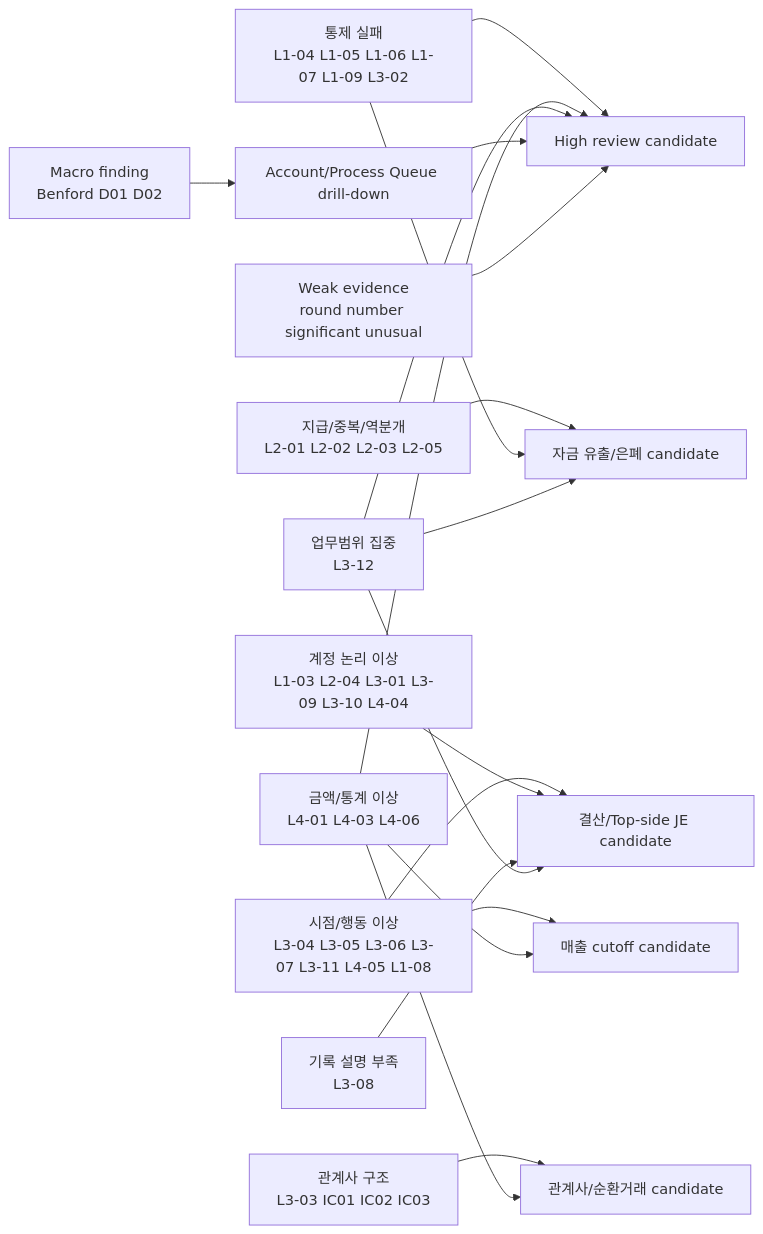
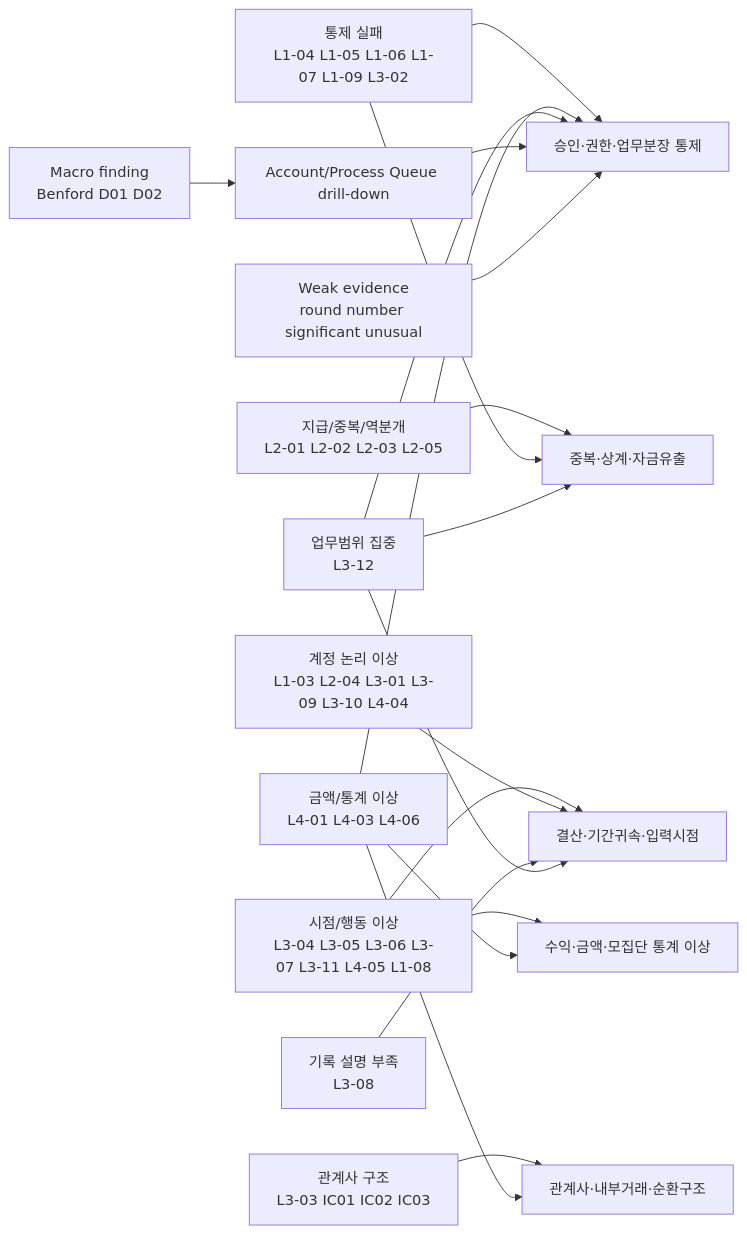
Before and after one commit to ghdtjrgns321-creator/local-ai-journal-assist: the second of 2 diagrams in docs/PHASE1_RULE_RELATIONSHIP_MAP.md, drawn with Mermaid. The commit also changed other lines of this file and 13 other files, not shown here.

````diff
--- a/docs/PHASE1_RULE_RELATIONSHIP_MAP.md
+++ b/docs/PHASE1_RULE_RELATIONSHIP_MAP.md
@@ -117,31 +117,31 @@
 ```mermaid
 flowchart LR
     Control["통제 실패<br/>L1-04 L1-05 L1-06 L1-07 L1-09 L3-02"]
     Timing["시점/행동 이상<br/>L3-04 L3-05 L3-06 L3-07 L3-11 L4-05 L1-08"]
     Amount["금액/통계 이상<br/>L4-01 L4-03 L4-06"]
     Logic["계정 논리 이상<br/>L1-03 L2-04 L3-01 L3-09 L3-10 L4-04"]
     Desc["기록 설명 부족<br/>L3-08"]
     Outflow["지급/중복/역분개<br/>L2-01 L2-02 L2-03 L2-05"]
     IC["관계사 구조<br/>L3-03 IC01 IC02 IC03"]
     Macro["Macro finding<br/>Benford D01 D02"]
     Scope["업무범위 집중<br/>L3-12"]
     Weak["Weak evidence<br/>round number significant unusual"]
 
-    Control --> High["High review candidate"]
+    Control --> High["승인·권한·업무분장 통제"]
     Amount --> High
-    Timing --> Close["결산/Top-side JE candidate"]
+    Timing --> Close["결산·기간귀속·입력시점"]
     Logic --> Close
     Desc --> Close
-    Outflow --> Cash["자금 유출/은폐 candidate"]
+    Outflow --> Cash["중복·상계·자금유출"]
     Control --> Cash
-    IC --> RPT["관계사/순환거래 candidate"]
+    IC --> RPT["관계사·내부거래·순환구조"]
     Amount --> RPT
-    Timing --> Revenue["매출 cutoff candidate"]
+    Timing --> Revenue["수익·금액·모집단 통계 이상"]
     Scope --> High
     Scope --> Cash
     Scope --> Close
     Amount --> Revenue
     Macro --> Drill["Account/Process Queue drill-down"]
     Drill --> High
     Weak --> High
 ```
````
